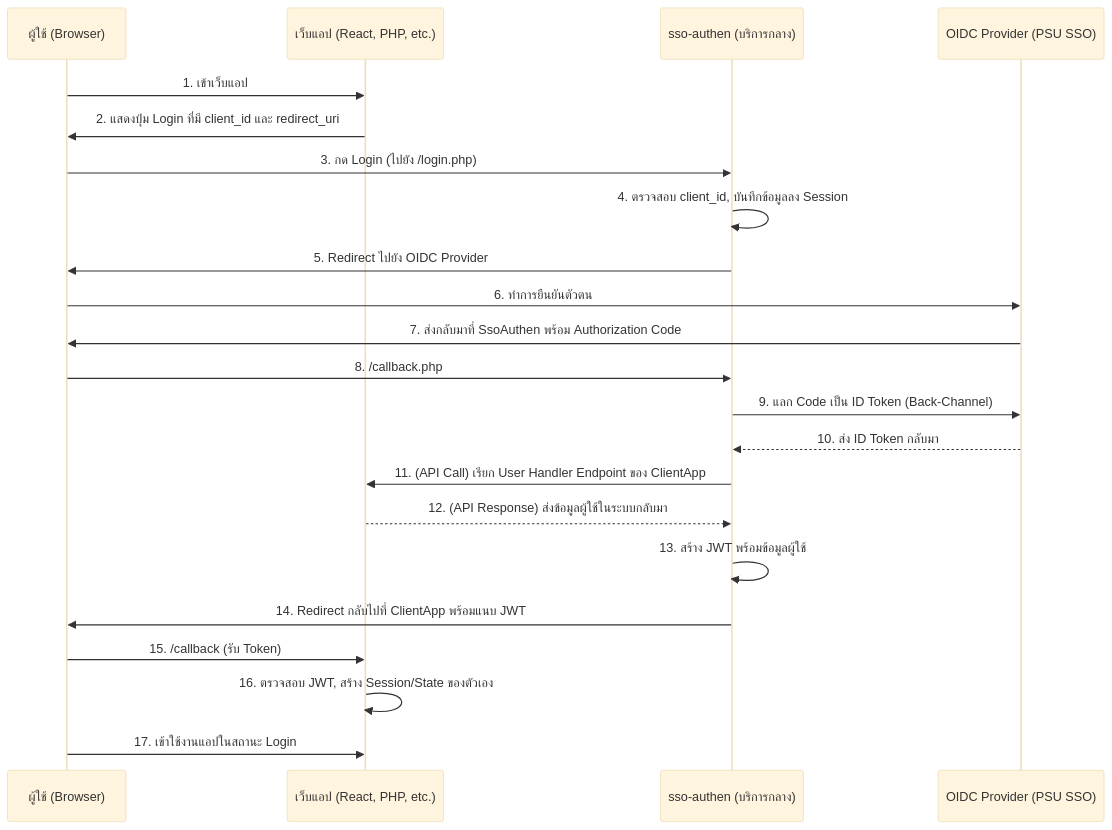
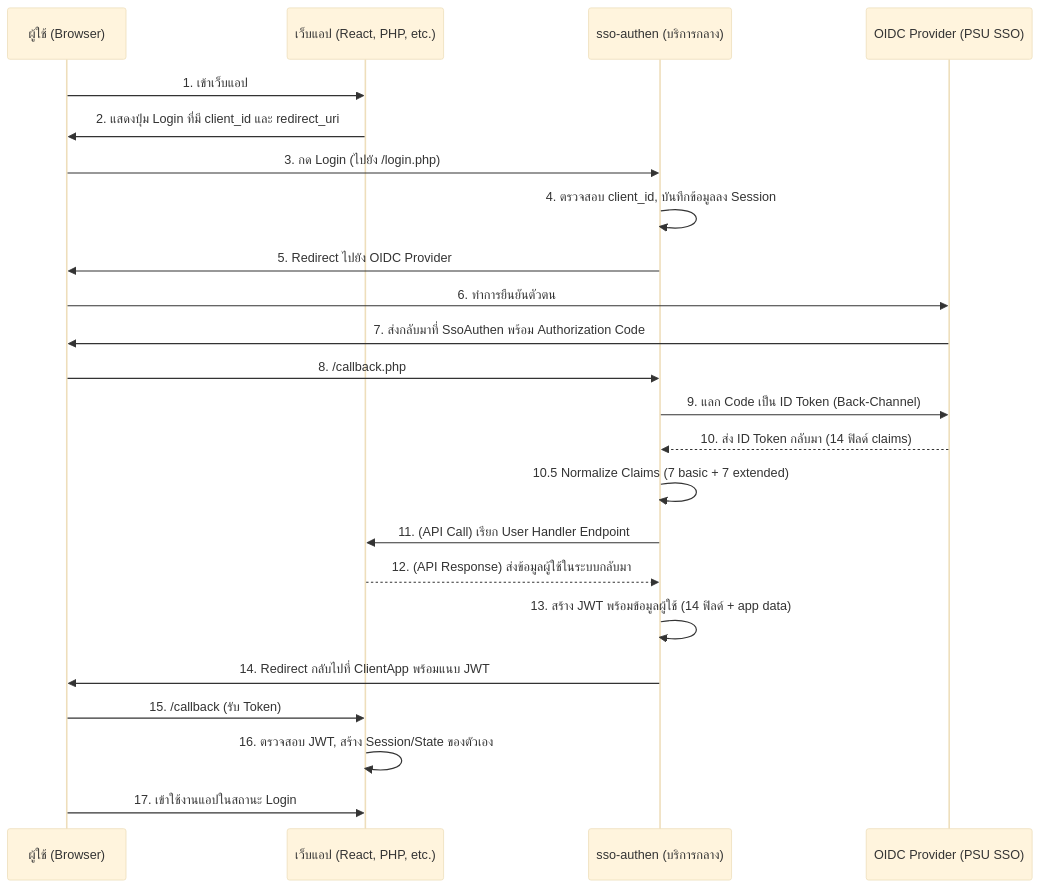
The diagram in README.md (Noung/sso-authen-3.1), drawn with Mermaid (base theme) before and after one commit. The commit also changed other lines of this file and 7 other files, not shown here.

````diff
--- a/README.md
+++ b/README.md
@@ -75,25 +75,26 @@
 ```mermaid
 sequenceDiagram
     participant User as ผู้ใช้ (Browser)
     participant ClientApp as เว็บแอป (React, PHP, etc.)
     participant SsoAuthen as sso-authen (บริการกลาง)
     participant OidcProvider as OIDC Provider (PSU SSO)
 
     User->>ClientApp: 1. เข้าเว็บแอป
     ClientApp->>User: 2. แสดงปุ่ม Login ที่มี client_id และ redirect_uri
     User->>SsoAuthen: 3. กด Login (ไปยัง /login.php)
     SsoAuthen->>SsoAuthen: 4. ตรวจสอบ client_id, บันทึกข้อมูลลง Session
     SsoAuthen->>User: 5. Redirect ไปยัง OIDC Provider
     User->>OidcProvider: 6. ทำการยืนยันตัวตน
     OidcProvider->>User: 7. ส่งกลับมาที่ SsoAuthen พร้อม Authorization Code
     User->>SsoAuthen: 8. /callback.php
     SsoAuthen->>OidcProvider: 9. แลก Code เป็น ID Token (Back-Channel)
-    OidcProvider-->>SsoAuthen: 10. ส่ง ID Token กลับมา
-    SsoAuthen->>ClientApp: 11. (API Call) เรียก User Handler Endpoint ของ ClientApp
+    OidcProvider-->>SsoAuthen: 10. ส่ง ID Token กลับมา (14 ฟิลด์ claims)
+    SsoAuthen->>SsoAuthen: 10.5 Normalize Claims (7 basic + 7 extended)
+    SsoAuthen->>ClientApp: 11. (API Call) เรียก User Handler Endpoint
     ClientApp-->>SsoAuthen: 12. (API Response) ส่งข้อมูลผู้ใช้ในระบบกลับมา
-    SsoAuthen->>SsoAuthen: 13. สร้าง JWT พร้อมข้อมูลผู้ใช้
+    SsoAuthen->>SsoAuthen: 13. สร้าง JWT พร้อมข้อมูลผู้ใช้ (14 ฟิลด์ + app data)
     SsoAuthen->>User: 14. Redirect กลับไปที่ ClientApp พร้อมแนบ JWT
     User->>ClientApp: 15. /callback (รับ Token)
     ClientApp->>ClientApp: 16. ตรวจสอบ JWT, สร้าง Session/State ของตัวเอง
     User->>ClientApp: 17. เข้าใช้งานแอปในสถานะ Login
 ```
````
